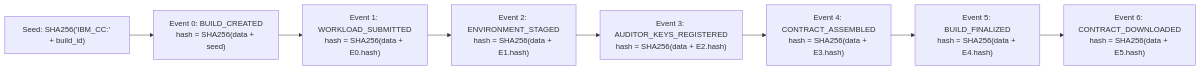
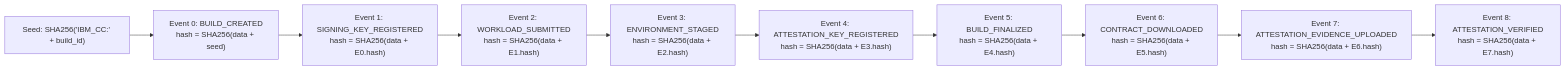
Before and after one commit to Sashwat-K/persona-based-contract-generator: the fourth of 4 diagrams in Design/1-high-level-design.md, drawn with Mermaid. The commit also changed other lines of this file and 4 other files, not shown here.

````diff
--- a/Design/1-high-level-design.md
+++ b/Design/1-high-level-design.md
@@ -546,11 +657,13 @@
 ```mermaid
 flowchart LR
     S["Seed: SHA256('IBM_CC:' + build_id)"] --> E0
     E0["Event 0: BUILD_CREATED\nhash = SHA256(data + seed)"] --> E1
-    E1["Event 1: WORKLOAD_SUBMITTED\nhash = SHA256(data + E0.hash)"] --> E2
-    E2["Event 2: ENVIRONMENT_STAGED\nhash = SHA256(data + E1.hash)"] --> E3
-    E3["Event 3: AUDITOR_KEYS_REGISTERED\nhash = SHA256(data + E2.hash)"] --> E4
-    E4["Event 4: CONTRACT_ASSEMBLED\nhash = SHA256(data + E3.hash)"] --> E5
+    E1["Event 1: SIGNING_KEY_REGISTERED\nhash = SHA256(data + E0.hash)"] --> E2
+    E2["Event 2: WORKLOAD_SUBMITTED\nhash = SHA256(data + E1.hash)"] --> E3
+    E3["Event 3: ENVIRONMENT_STAGED\nhash = SHA256(data + E2.hash)"] --> E4
+    E4["Event 4: ATTESTATION_KEY_REGISTERED\nhash = SHA256(data + E3.hash)"] --> E5
     E5["Event 5: BUILD_FINALIZED\nhash = SHA256(data + E4.hash)"] --> E6
-    E6["Event 6: CONTRACT_DOWNLOADED\nhash = SHA256(data + E5.hash)"]
+    E6["Event 6: CONTRACT_DOWNLOADED\nhash = SHA256(data + E5.hash)"] --> E7
+    E7["Event 7: ATTESTATION_EVIDENCE_UPLOADED\nhash = SHA256(data + E6.hash)"] --> E8
+    E8["Event 8: ATTESTATION_VERIFIED\nhash = SHA256(data + E7.hash)"]
 ```
````
